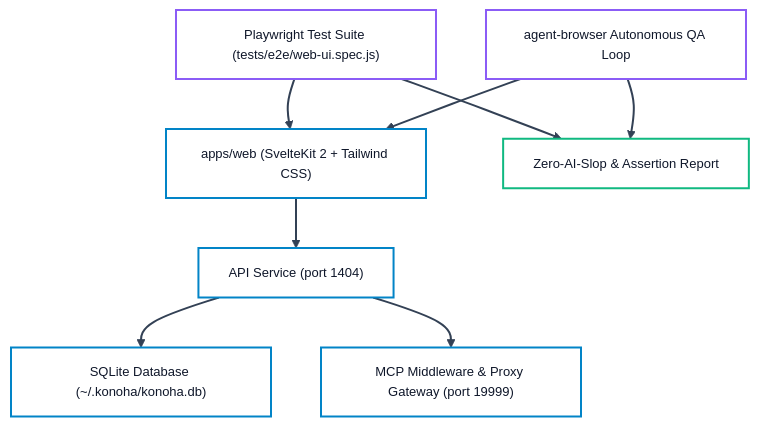
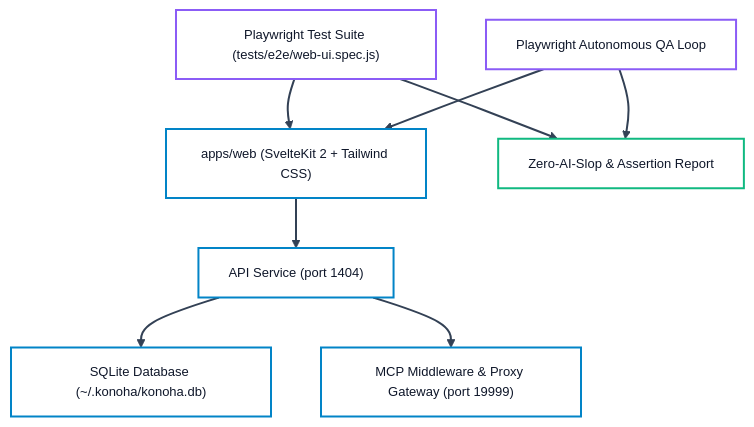
One commit to andycungkrinx91/konoha changed the diagram in docs/QA-TEST-CHECKLIST.md. Above: the diagram before and after it, drawn with Mermaid. The commit also changed other lines of this file and 30 other files, not shown here.

````diff
--- a/docs/QA-TEST-CHECKLIST.md
+++ b/docs/QA-TEST-CHECKLIST.md
@@ -160,34 +157,34 @@
 ```mermaid
 ---
 config:
   theme: base
   themeVariables:
     darkMode: false
     background: '#ffffff'
     mainBkg: '#ffffff'
     primaryColor: '#ffffff'
     primaryTextColor: '#0f172a'
     primaryBorderColor: '#0284c7'
     lineColor: '#334155'
     arrowheadColor: '#334155'
     fontFamily: 'Inter, system-ui, -apple-system, sans-serif'
     fontSize: '13px'
 ---
 flowchart TD
     W1["apps/web (SvelteKit 2 + Tailwind CSS)"] --> W2["API Service (port 1404)"]
     W2 --> W3["SQLite Database (~/.konoha/konoha.db)"]
     W2 --> W4["MCP Middleware & Proxy Gateway (port 19999)"]
     T1["Playwright Test Suite (tests/e2e/web-ui.spec.js)"] --> W1
-    T2["agent-browser Autonomous QA Loop"] --> W1
+    T2["Playwright Autonomous QA Loop"] --> W1
     T1 --> R1["Zero-AI-Slop & Assertion Report"]
     T2 --> R1
 
     linkStyle default stroke:#334155,stroke-width:2px;
     style W1 fill:#ffffff,stroke:#0284c7,stroke-width:2px,color:#0f172a;
     style W2 fill:#ffffff,stroke:#0284c7,stroke-width:2px,color:#0f172a;
     style W3 fill:#ffffff,stroke:#0284c7,stroke-width:2px,color:#0f172a;
     style W4 fill:#ffffff,stroke:#0284c7,stroke-width:2px,color:#0f172a;
     style T1 fill:#ffffff,stroke:#8b5cf6,stroke-width:2px,color:#0f172a;
     style T2 fill:#ffffff,stroke:#8b5cf6,stroke-width:2px,color:#0f172a;
     style R1 fill:#ffffff,stroke:#10b981,stroke-width:2px,color:#0f172a;
 ```
````
